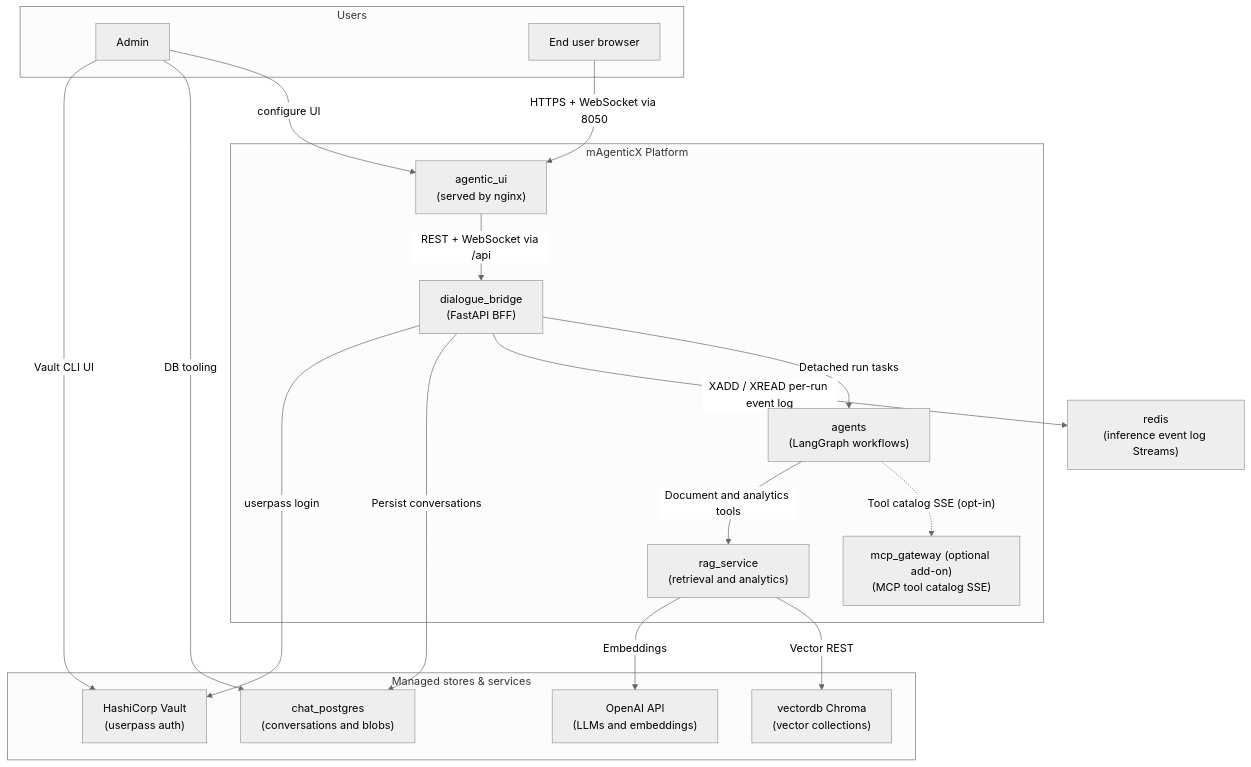
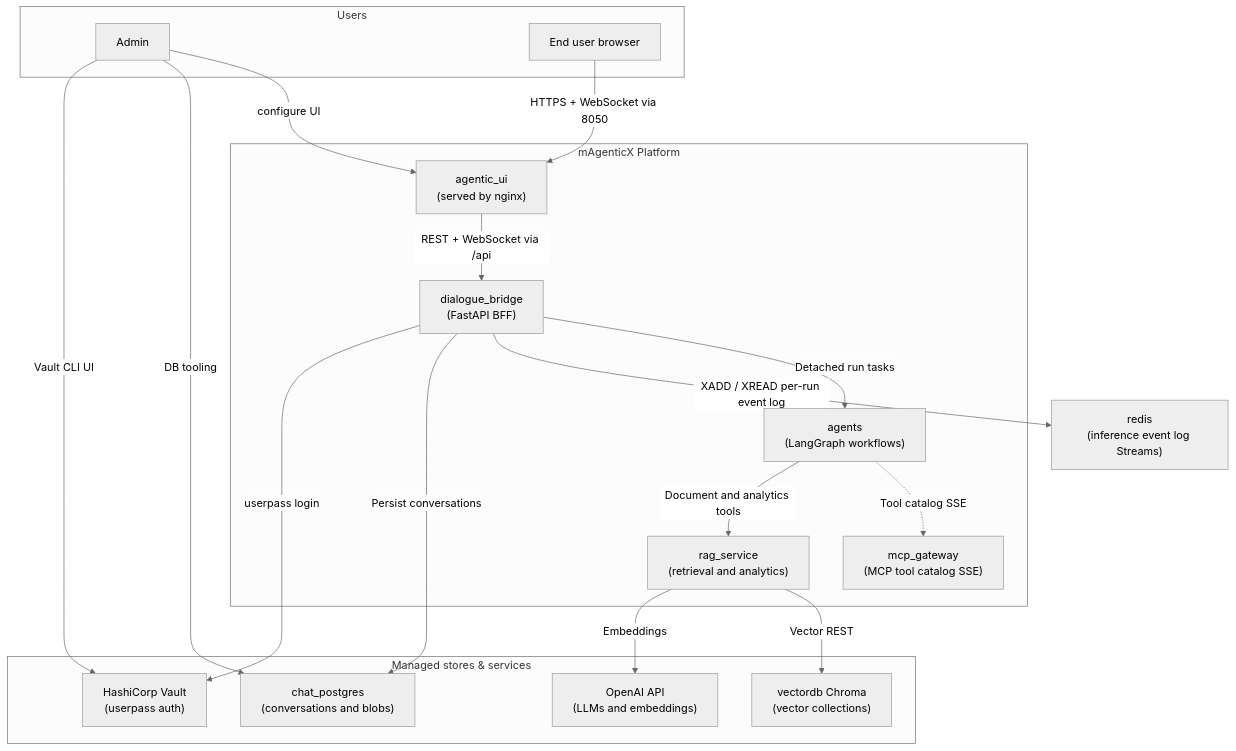
One commit to konstantinosmpouros/mAgenticX changed the seventh of 9 diagrams in README.md. Above: the diagram before and after it, drawn with Mermaid (neutral theme). The commit also changed other lines of this file and 17 other files, not shown here.

Commit message:
chore(deploy,docs): merge the MCP gateway into the core local stack, no host port and on by default; Dennis keeps it as plain Compose in /opt/magenticx/mcp_gateway with a fixed project name

````diff
--- a/README.md
+++ b/README.md
@@ -325,36 +324,36 @@
 ```mermaid
 flowchart TB
     subgraph Users["Users"]
         Admin["Admin"]
         Browser["End user browser"]
     end
 
     subgraph Platform["mAgenticX Platform"]
         UI["agentic_ui\n(served by nginx)"]
         Bridge["dialogue_bridge\n(FastAPI BFF)"]
         Agents["agents\n(LangGraph workflows)"]
-        MCP["mcp_gateway (optional add-on)\n(MCP tool catalog SSE)"]
+        MCP["mcp_gateway\n(MCP tool catalog SSE)"]
         RAG["rag_service\n(retrieval and analytics)"]
     end
 
     subgraph Stores["Managed stores & services"]
         PG["chat_postgres\n(conversations and blobs)"]
         Vault["HashiCorp Vault\n(userpass auth)"]
         Chroma["vectordb Chroma\n(vector collections)"]
         OpenAI["OpenAI API\n(LLMs and embeddings)"]
     end
 
     Admin -->|"configure UI"| UI
     Browser -->|"HTTPS + WebSocket via 8050"| UI
     UI -->|"REST + WebSocket via /api"| Bridge
     Bridge -->|"Detached run tasks"| Agents
     Bridge -->|"XADD / XREAD per-run event log"| Redis["redis<br/>(inference event log Streams)"]
-    Agents -.->|"Tool catalog SSE (opt-in)"| MCP
+    Agents -.->|"Tool catalog SSE"| MCP
     Bridge -->|"Persist conversations"| PG
     Bridge -->|"userpass login"| Vault
     Agents -->|"Document and analytics tools"| RAG
     RAG -->|"Vector REST"| Chroma
     RAG -->|"Embeddings"| OpenAI
     Admin -->|"DB tooling"| PG
     Admin -->|"Vault CLI UI"| Vault
 ```
````
